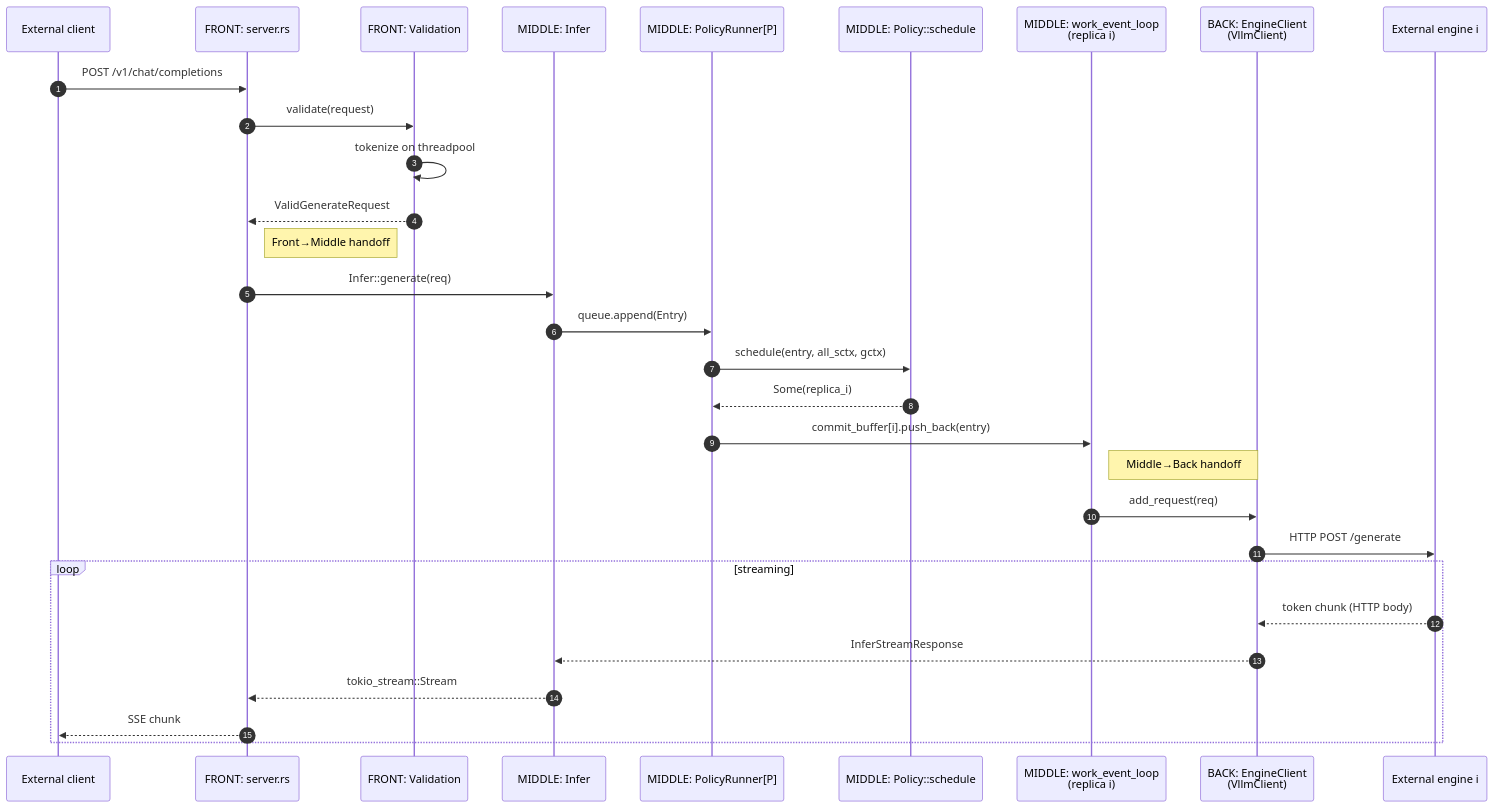
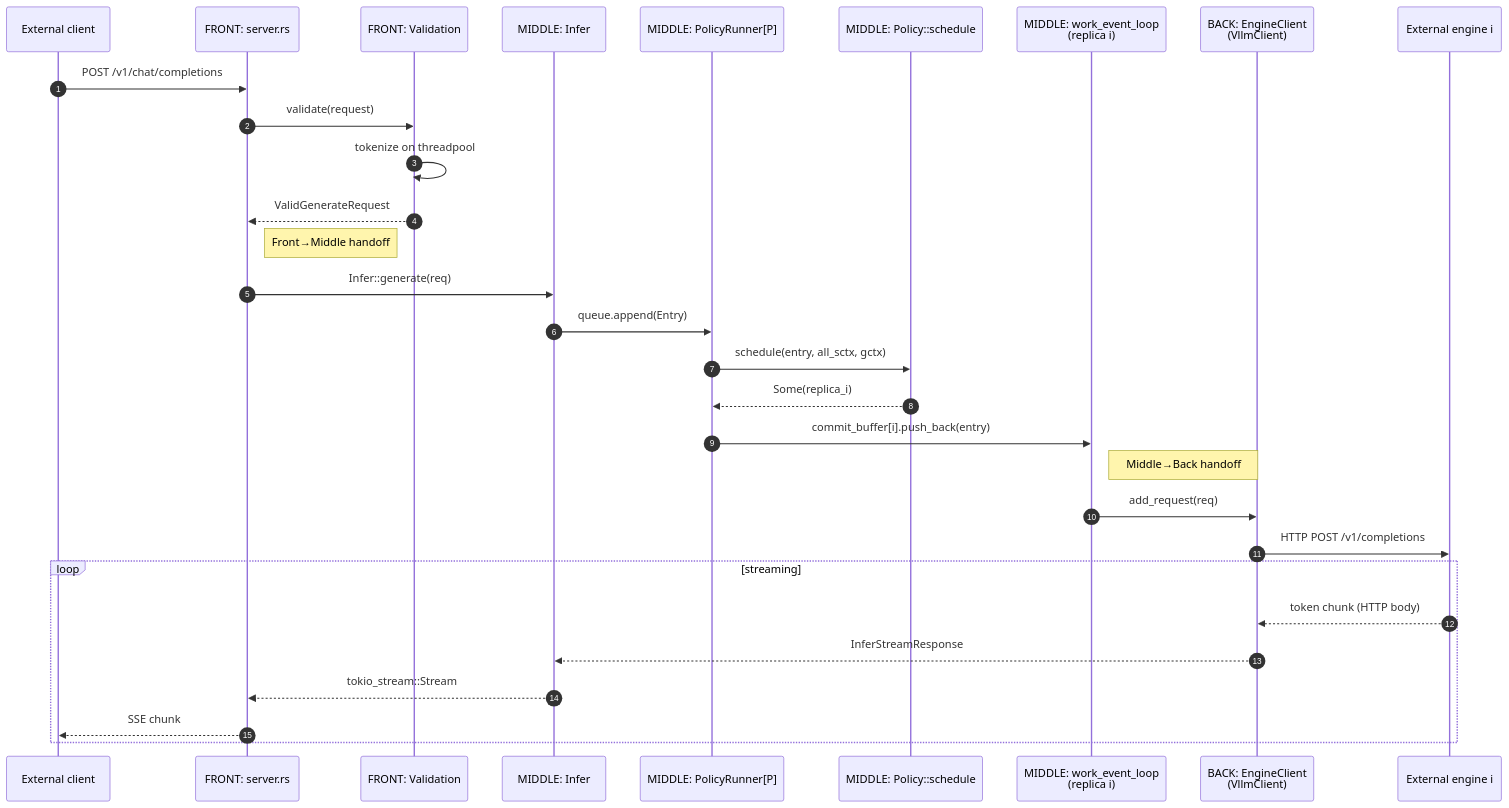
One commit to blitz-serving/blitz-router changed the sixth of 9 diagrams in docs/architecture.md. Above: the diagram before and after it, drawn with Mermaid. The commit also changed other lines of this file, not shown here.

````diff
--- a/docs/architecture.md
+++ b/docs/architecture.md
@@ -428,33 +434,33 @@
 ```mermaid
 sequenceDiagram
     autonumber
     participant Cl as External client
     participant Sv as FRONT: server.rs
     participant Vl as FRONT: Validation
     participant If as MIDDLE: Infer
     participant Pr as MIDDLE: PolicyRunner[P]
     participant Po as MIDDLE: Policy::schedule
     participant Wq as MIDDLE: work_event_loop<br/>(replica i)
     participant Ec as BACK: EngineClient<br/>(VllmClient)
     participant En as External engine i
 
     Cl->>Sv: POST /v1/chat/completions
     Sv->>Vl: validate(request)
     Vl->>Vl: tokenize on threadpool
     Vl-->>Sv: ValidGenerateRequest
     Note right of Sv: Front→Middle handoff
     Sv->>If: Infer::generate(req)
     If->>Pr: queue.append(Entry)
     Pr->>Po: schedule(entry, all_sctx, gctx)
     Po-->>Pr: Some(replica_i)
     Pr->>Wq: commit_buffer[i].push_back(entry)
     Note right of Wq: Middle→Back handoff
     Wq->>Ec: add_request(req)
-    Ec->>En: HTTP POST /generate
+    Ec->>En: HTTP POST /v1/completions
     loop streaming
         En-->>Ec: token chunk (HTTP body)
         Ec-->>If: InferStreamResponse
         If-->>Sv: tokio_stream::Stream
         Sv-->>Cl: SSE chunk
     end
 ```
````
